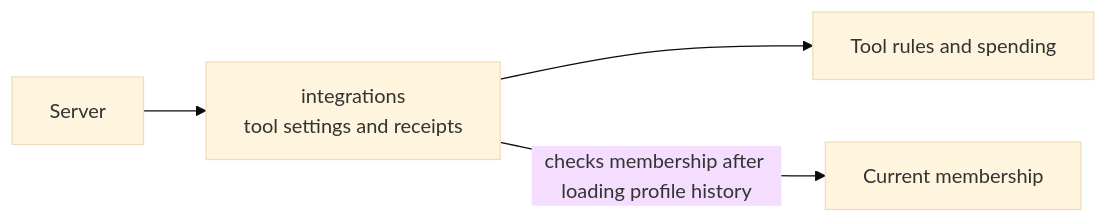
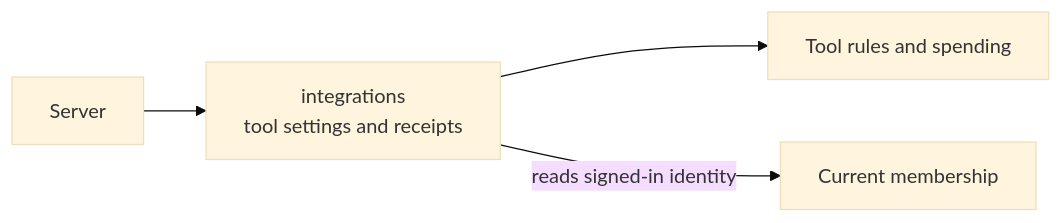
Before and after one commit to elewa-git/opencrane-new: the diagram in apps/server/src/integrations/README.md, drawn with Mermaid (base theme). The commit also changed 1 other file, not shown here.

Commit message:
📖 Clarify the saved profile read diagrams

````diff
--- a/apps/server/src/integrations/README.md
+++ b/apps/server/src/integrations/README.md
@@ -69,6 +69,6 @@
 ```mermaid
 flowchart LR
   server[Server] --> integrations["integrations<br/>tool settings and receipts"]
   integrations --> models[Tool rules and spending]
-  integrations -->|checks membership after loading profile history| members[Current membership]
+  integrations -->|reads signed-in identity| members[Current membership]
 ```
````
